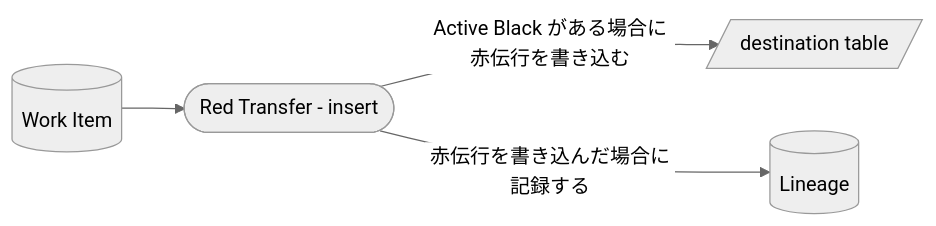
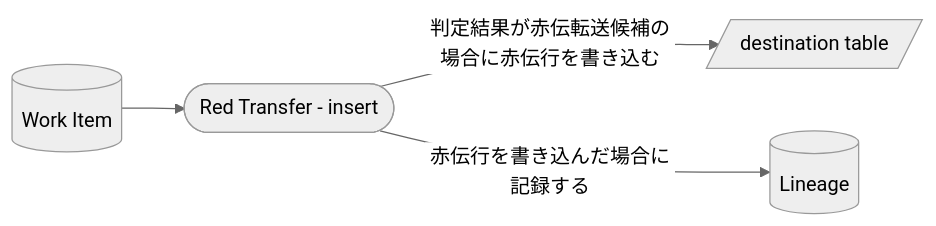
One commit to mk3008/rawsql-ts changed the sixth of 10 diagrams in packages/transfer/docs/processes/transfer-execution-process.md. Above: the diagram before and after it, drawn with Mermaid (neutral theme). The commit also changed other lines of this file and 63 other files, not shown here.

````diff
--- a/packages/transfer/docs/processes/transfer-execution-process.md
+++ b/packages/transfer/docs/processes/transfer-execution-process.md
@@ -94,11 +114,11 @@
 ```mermaid
 flowchart LR
   WorkItem[("Work Item")]
   RedTransfer(["Red Transfer - insert"])
   DestinationTable[/"destination table"/]
   Lineage[("Lineage")]
 
   WorkItem --> RedTransfer
-  RedTransfer -->|"Active Black がある場合に赤伝行を書き込む"| DestinationTable
+  RedTransfer -->|"判定結果が赤伝転送候補の場合に赤伝行を書き込む"| DestinationTable
   RedTransfer -->|"赤伝行を書き込んだ場合に記録する"| Lineage
 ```
````
